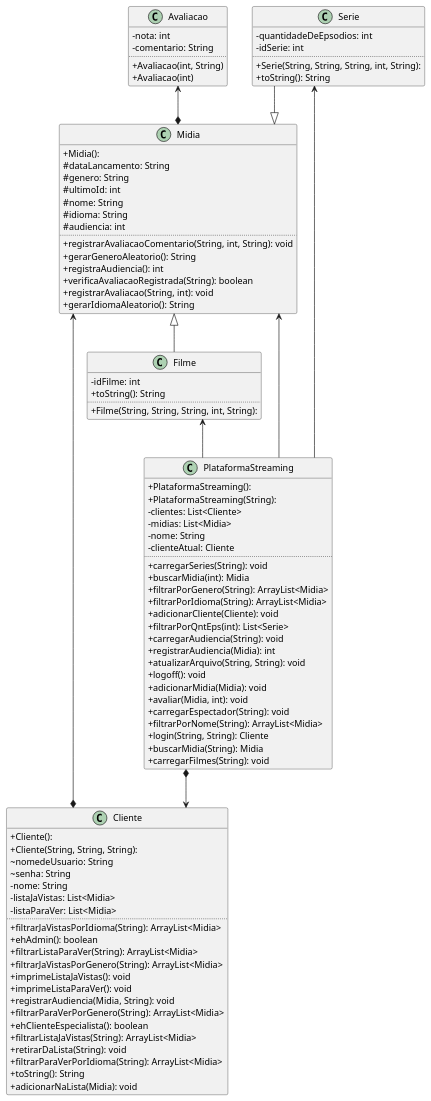
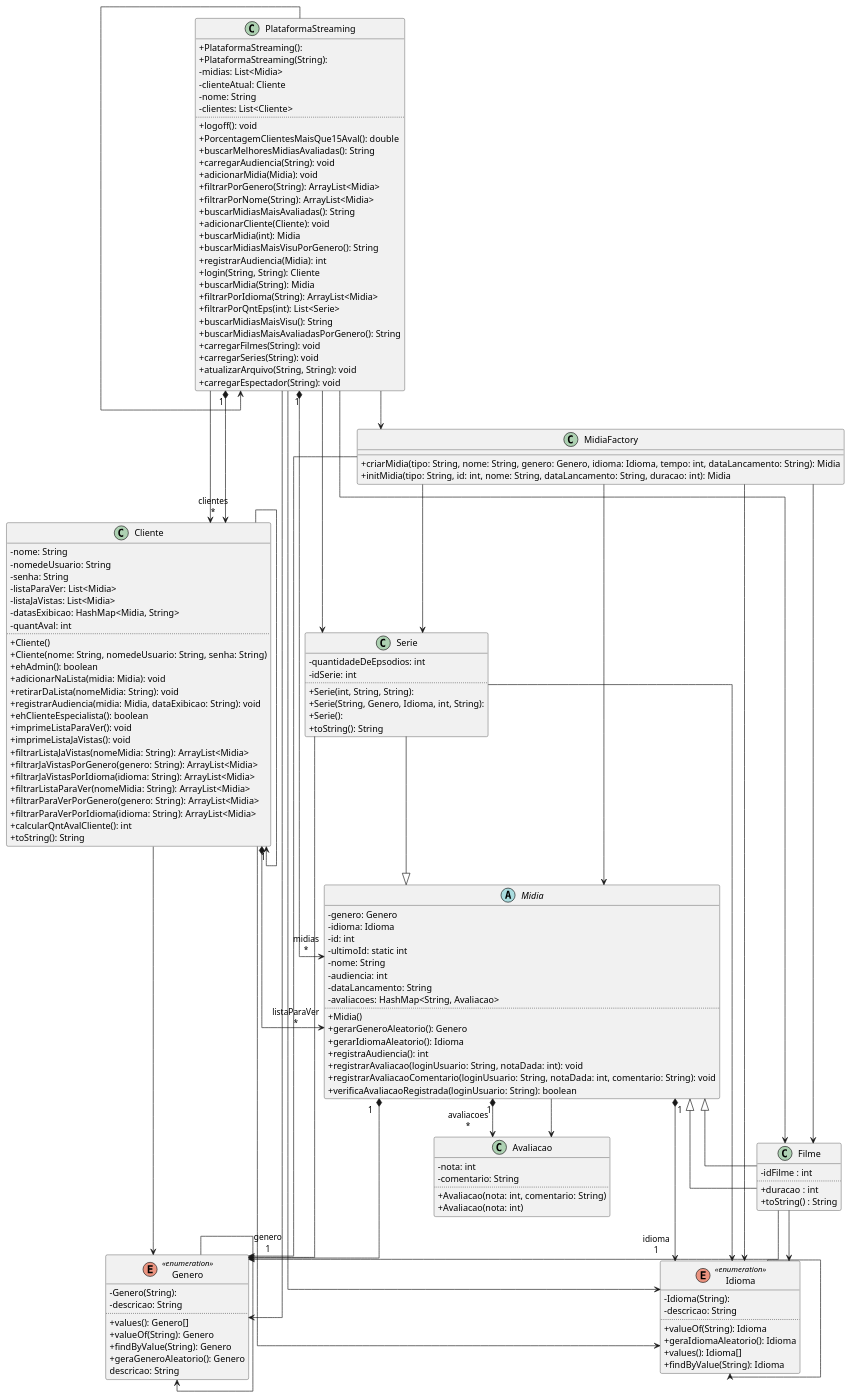
Before and after one commit to DisciplinasProgramacao/lpm_projetos_3_4_5-grupo2: the diagram in docs/diagramas/UML.plantuml, drawn with PlantUML. The commit also changed 2 other files, not shown here.

```diff
--- a/docs/diagramas/UML.plantuml
+++ b/docs/diagramas/UML.plantuml
@@ -1,105 +1,166 @@
 @startuml
 skinparam linetype ortho
 skinparam classAttributeIconSize 0
+
 
 class Avaliacao {
   - nota: int
   - comentario: String
   ..
-  + Avaliacao(int, String)
-  + Avaliacao(int)
+  + Avaliacao(nota: int, comentario: String)
+  + Avaliacao(nota: int)
 }
 
 class Cliente {
-  + Cliente():
-  + Cliente(String, String, String):
-  ~ nomedeUsuario: String
-  ~ senha: String
   - nome: String
+  - nomedeUsuario: String
+  - senha: String
+  - listaParaVer: List<Midia>
   - listaJaVistas: List<Midia>
-  - listaParaVer: List<Midia>
+  - datasExibicao: HashMap<Midia, String>
+  - quantAval: int
   ..
-  + filtrarJaVistasPorIdioma(String): ArrayList<Midia>
+  + Cliente()
+  + Cliente(nome: String, nomedeUsuario: String, senha: String)
   + ehAdmin(): boolean
-  + filtrarListaParaVer(String): ArrayList<Midia>
-  + filtrarJaVistasPorGenero(String): ArrayList<Midia>
+  + adicionarNaLista(midia: Midia): void
+  + retirarDaLista(nomeMidia: String): void
+  + registrarAudiencia(midia: Midia, dataExibicao: String): void
+  + ehClienteEspecialista(): boolean
+  + imprimeListaParaVer(): void
   + imprimeListaJaVistas(): void
-  + imprimeListaParaVer(): void
-  + registrarAudiencia(Midia, String): void
-  + filtrarParaVerPorGenero(String): ArrayList<Midia>
-  + ehClienteEspecialista(): boolean
-  + filtrarListaJaVistas(String): ArrayList<Midia>
-  + retirarDaLista(String): void
-  + filtrarParaVerPorIdioma(String): ArrayList<Midia>
+  + filtrarListaJaVistas(nomeMidia: String): ArrayList<Midia>
+  + filtrarJaVistasPorGenero(genero: String): ArrayList<Midia>
+  + filtrarJaVistasPorIdioma(idioma: String): ArrayList<Midia>
+  + filtrarListaParaVer(nomeMidia: String): ArrayList<Midia>
+  + filtrarParaVerPorGenero(genero: String): ArrayList<Midia>
+  + filtrarParaVerPorIdioma(idioma: String): ArrayList<Midia>
+  + calcularQntAvalCliente(): int
   + toString(): String
-  + adicionarNaLista(Midia): void
 }
 
-class Filme {
-  - idFilme: int
-  + toString(): String
-  ..
-  + Filme(String, String, String, int, String):
+class Filme extends Midia {
+    - idFilme : int
+    ..
+    + duracao : int
+    + toString() : String
 }
 
-class Midia {
-  + Midia():
-  # dataLancamento: String
-  # genero: String
-  # ultimoId: int
-  # nome: String
-  # idioma: String
-  # audiencia: int
+enum Genero << enumeration >> {
+  - Genero(String):
+  - descricao: String
   ..
-  + registrarAvaliacaoComentario(String, int, String): void
-  + gerarGeneroAleatorio(): String
+  + values(): Genero[]
+  + valueOf(String): Genero
+  + findByValue(String): Genero
+  + geraGeneroAleatorio(): Genero
+   descricao: String
+}
+
+enum Idioma << enumeration >> {
+  - Idioma(String):
+  - descricao: String
+  ..
+  + valueOf(String): Idioma
+  + geraIdiomaAleatorio(): Idioma
+  + values(): Idioma[]
+  + findByValue(String): Idioma
+}
+
+abstract class Midia {
+  - genero: Genero
+  - idioma: Idioma
+  - id: int
+  - ultimoId: static int
+  - nome: String
+  - audiencia: int
+  - dataLancamento: String
+  - avaliacoes: HashMap<String, Avaliacao>
+  ..
+  + Midia()
+  + gerarGeneroAleatorio(): Genero
+  + gerarIdiomaAleatorio(): Idioma
   + registraAudiencia(): int
-  + verificaAvaliacaoRegistrada(String): boolean
-  + registrarAvaliacao(String, int): void
-  + gerarIdiomaAleatorio(): String
+  + registrarAvaliacao(loginUsuario: String, notaDada: int): void
+  + registrarAvaliacaoComentario(loginUsuario: String, notaDada: int, comentario: String): void
+  + verificaAvaliacaoRegistrada(loginUsuario: String): boolean
+}
+
+class MidiaFactory {
+    + criarMidia(tipo: String, nome: String, genero: Genero, idioma: Idioma, tempo: int, dataLancamento: String): Midia
+    + initMidia(tipo: String, id: int, nome: String, dataLancamento: String, duracao: int): Midia
 }
 
 class PlataformaStreaming {
   + PlataformaStreaming():
   + PlataformaStreaming(String):
+  - midias: List<Midia>
+  - clienteAtual: Cliente
+  - nome: String
   - clientes: List<Cliente>
-  - midias: List<Midia>
-  - nome: String
-  - clienteAtual: Cliente
   ..
-  + carregarSeries(String): void
+  + logoff(): void
+  + PorcentagemClientesMaisQue15Aval(): double
+  + buscarMelhoresMidiasAvaliadas(): String
+  + carregarAudiencia(String): void
+  + adicionarMidia(Midia): void
+  + filtrarPorGenero(String): ArrayList<Midia>
+  + filtrarPorNome(String): ArrayList<Midia>
+  + buscarMidiasMaisAvaliadas(): String
+  + adicionarCliente(Cliente): void
   + buscarMidia(int): Midia
-  + filtrarPorGenero(String): ArrayList<Midia>
-  + filtrarPorIdioma(String): ArrayList<Midia>
-  + adicionarCliente(Cliente): void
-  + filtrarPorQntEps(int): List<Serie>
-  + carregarAudiencia(String): void
+  + buscarMidiasMaisVisuPorGenero(): String
   + registrarAudiencia(Midia): int
-  + atualizarArquivo(String, String): void
-  + logoff(): void
-  + adicionarMidia(Midia): void
-  + avaliar(Midia, int): void
-  + carregarEspectador(String): void
-  + filtrarPorNome(String): ArrayList<Midia>
   + login(String, String): Cliente
   + buscarMidia(String): Midia
+  + filtrarPorIdioma(String): ArrayList<Midia>
+  + filtrarPorQntEps(int): List<Serie>
+  + buscarMidiasMaisVisu(): String
+  + buscarMidiasMaisAvaliadasPorGenero(): String
   + carregarFilmes(String): void
+  + carregarSeries(String): void
+  + atualizarArquivo(String, String): void
+  + carregarEspectador(String): void
 }
 
 class Serie {
   - quantidadeDeEpsodios: int
   - idSerie: int
   ..
-  + Serie(String, String, String, int, String):
+  + Serie(int, String, String):
+  + Serie(String, Genero, Idioma, int, String):
+  + Serie():
   + toString(): String
 }
 
-Midia  <--  PlataformaStreaming
-Midia  <|--  Filme
-Serie  --|>  Midia
-Avaliacao  <--*  Midia
-Filme  <--  PlataformaStreaming
-Serie  <--  PlataformaStreaming
-Cliente  *-->  Midia
-PlataformaStreaming  *--> Cliente
+Cliente              -->  Cliente
+Cliente              -->  Genero
+Cliente              -->  Idioma
+Cliente             "1" *--> "listaParaVer\n*" Midia
+Filme                -->  Genero
+Filme                -->  Idioma
+Filme                --^  Midia
+Genero               -->  Genero
+Idioma               -->  Idioma
+Midia               "1" *--> "avaliacoes\n*" Avaliacao
+Midia                -->  Avaliacao
+Midia               "1" *--> "genero\n1" Genero
+Midia               "1" *--> "idioma\n1" Idioma
+MidiaFactory         -->  Filme              
+MidiaFactory         -->  Genero
+MidiaFactory         -->  Idioma
+MidiaFactory         -->  Midia
+MidiaFactory         -->  Serie
+PlataformaStreaming  -->  Cliente
+PlataformaStreaming "1" *--> "clientes\n*" Cliente
+PlataformaStreaming  -->  Filme
+PlataformaStreaming  -->  Genero
+PlataformaStreaming  -->  Idioma
+PlataformaStreaming "1" *--> "midias\n*" Midia
+PlataformaStreaming  -->  MidiaFactory
+PlataformaStreaming  -->  PlataformaStreaming
+PlataformaStreaming  -->  Serie
+Serie                -->  Genero
+Serie                -->  Idioma
+Serie                --^  Midia
 @enduml
```
